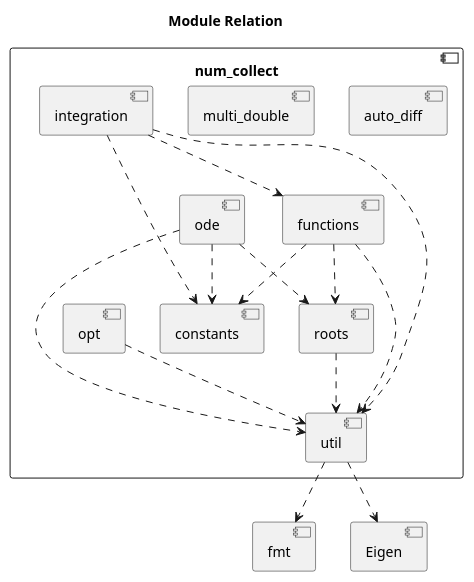
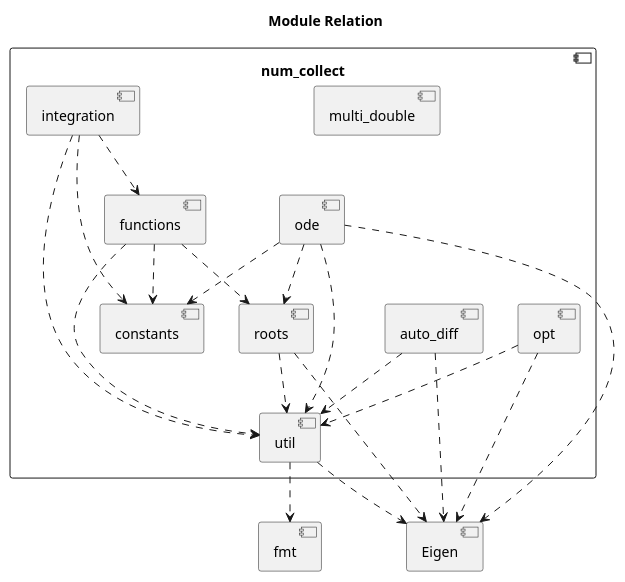
One commit to MusicScience37/numerical-collection-cpp changed the diagram in doc/sphinx/src/modules.rst. Above: the diagram before and after it, drawn with PlantUML.

Commit message:
doc: update module relation

```diff
--- a/doc/sphinx/src/modules.rst
+++ b/doc/sphinx/src/modules.rst
@@ -4,39 +4,44 @@
 .. uml::
 
     title Module Relation
 
     component fmt
     component Eigen
 
     component num_collect {
         component util
         util ..> fmt
         util ..> Eigen
 
         component auto_diff
+        auto_diff ..> util
+        auto_diff ..> Eigen
 
         component opt
         opt ..> util
+        opt ..> Eigen
 
         component multi_double
 
         component constants
 
         component roots
         roots ..> util
+        roots ..> Eigen
 
         component functions
         functions ..> util
         functions ..> constants
         functions ..> roots
 
         component integration
         integration ..> util
         integration ..> constants
         integration ..> functions
 
         component ode
         ode ..> util
         ode ..> constants
         ode ..> roots
+        ode ..> Eigen
     }
```
